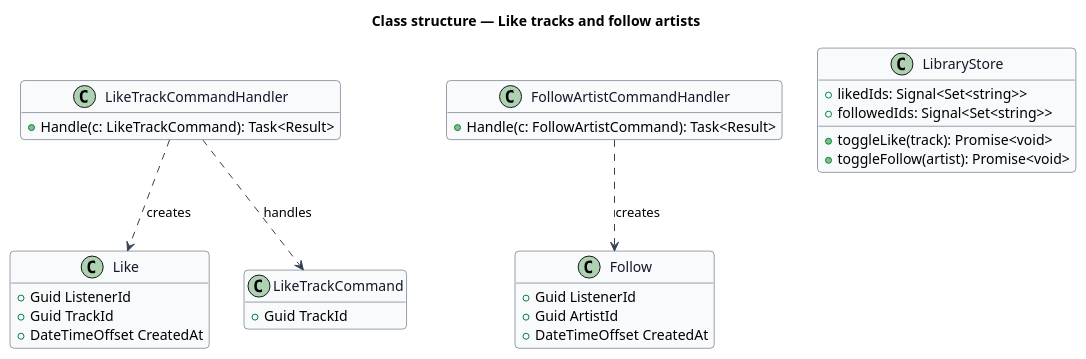
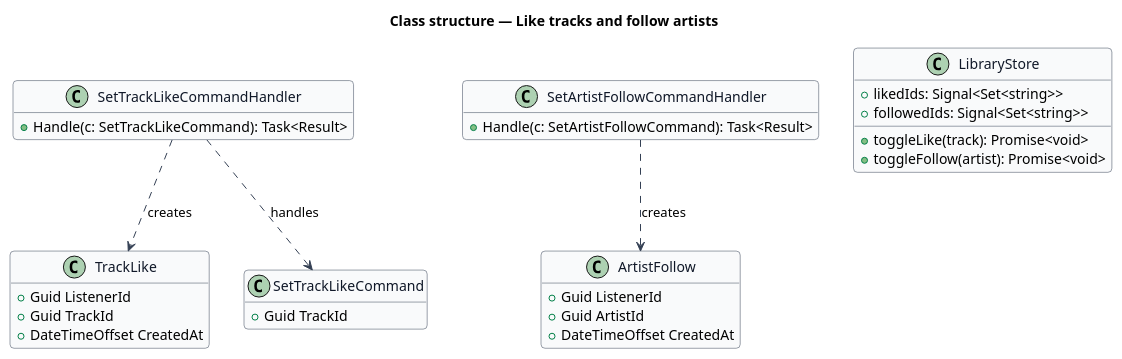
Before and after one commit to QuinntyneBrown/hummi: the diagram in docs/detailed-designs/library/like-and-follow/diagrams/class-structure.puml, drawn with PlantUML. The commit also changed 87 other files, not shown here.

First line of the commit message:
Like tracks and follow artists, and the Library page

```diff
--- a/docs/detailed-designs/library/like-and-follow/diagrams/class-structure.puml
+++ b/docs/detailed-designs/library/like-and-follow/diagrams/class-structure.puml
@@ -1,43 +1,43 @@
 @startuml
 skinparam backgroundColor #FFFFFF
 skinparam shadowing false
 skinparam roundcorner 8
 skinparam defaultFontName Arial
 skinparam ArrowColor #344054
 skinparam class {
   BorderColor #344054
   FontColor #101828
   BackgroundColor #F9FAFB
 }
 hide empty members
 title Class structure — Like tracks and follow artists
 
-class Like {
+class TrackLike {
   +Guid ListenerId
   +Guid TrackId
   +DateTimeOffset CreatedAt
 }
-class Follow {
+class ArtistFollow {
   +Guid ListenerId
   +Guid ArtistId
   +DateTimeOffset CreatedAt
 }
-class LikeTrackCommand {
+class SetTrackLikeCommand {
   +Guid TrackId
 }
-class LikeTrackCommandHandler {
-  +Handle(c: LikeTrackCommand): Task<Result>
+class SetTrackLikeCommandHandler {
+  +Handle(c: SetTrackLikeCommand): Task<Result>
 }
-class FollowArtistCommandHandler {
-  +Handle(c: FollowArtistCommand): Task<Result>
+class SetArtistFollowCommandHandler {
+  +Handle(c: SetArtistFollowCommand): Task<Result>
 }
 class LibraryStore {
   +likedIds: Signal<Set<string>>
   +followedIds: Signal<Set<string>>
   +toggleLike(track): Promise<void>
   +toggleFollow(artist): Promise<void>
 }
-LikeTrackCommandHandler ..> LikeTrackCommand : handles
-LikeTrackCommandHandler ..> Like : creates
-FollowArtistCommandHandler ..> Follow : creates
+SetTrackLikeCommandHandler ..> SetTrackLikeCommand : handles
+SetTrackLikeCommandHandler ..> TrackLike : creates
+SetArtistFollowCommandHandler ..> ArtistFollow : creates
 @enduml
```
